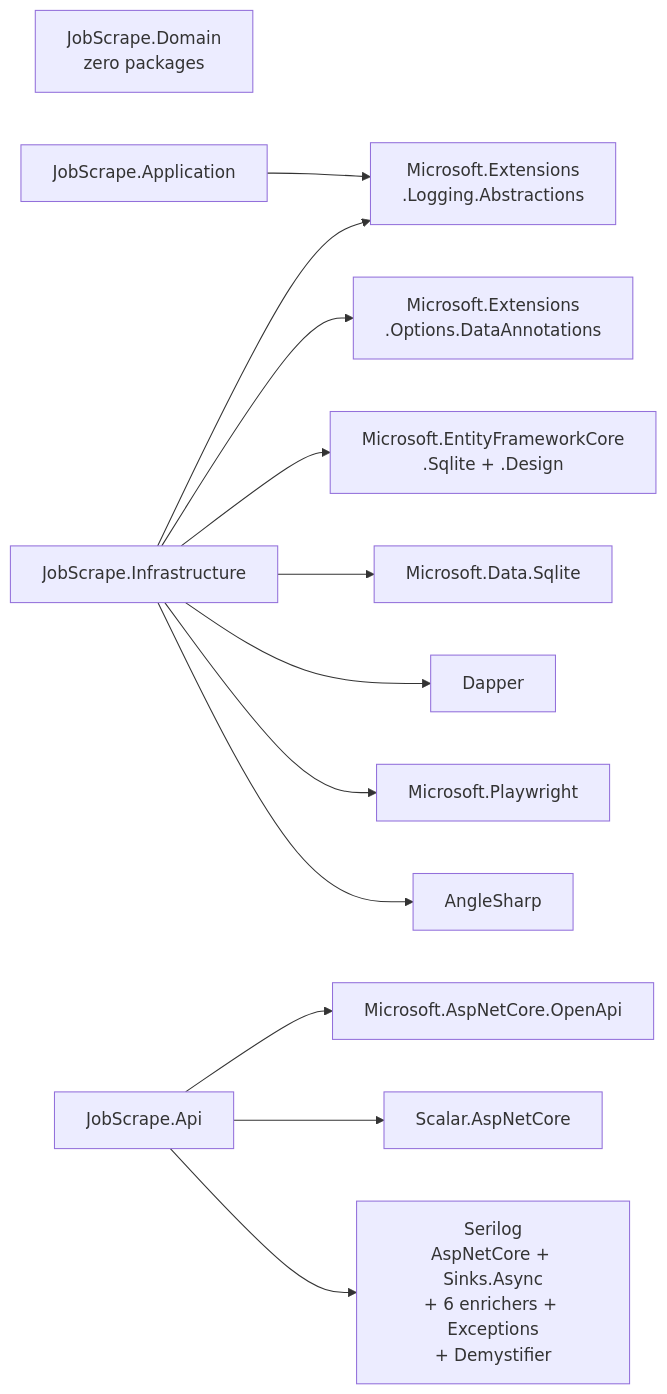
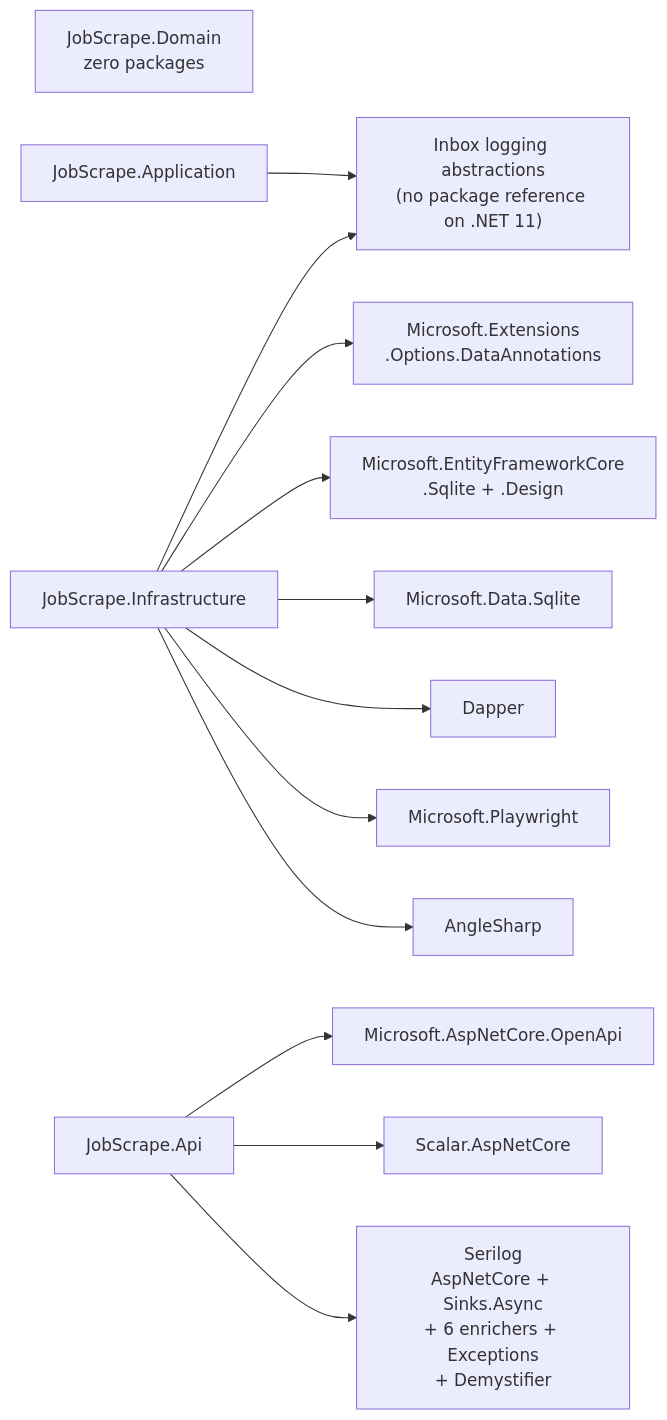
Before and after one commit to AslamNazeerShaikh/PlaywrightDotNet: the first of 2 diagrams in docs/04-solution-and-tooling.md, drawn with Mermaid. The commit also changed other lines of this file and 10 other files, not shown here.

````diff
--- a/docs/04-solution-and-tooling.md
+++ b/docs/04-solution-and-tooling.md
@@ -173,30 +174,30 @@
 ```mermaid
 flowchart LR
     DOM["JobScrape.Domain<br/>zero packages"]
     APP["JobScrape.Application"]
     INF["JobScrape.Infrastructure"]
     API["JobScrape.Api"]
 
-    LOG["Microsoft.Extensions<br/>.Logging.Abstractions"]
+    LOG["Inbox logging abstractions<br/>(no package reference on .NET 11)"]
     OPT["Microsoft.Extensions<br/>.Options.DataAnnotations"]
     EF["Microsoft.EntityFrameworkCore<br/>.Sqlite + .Design"]
     MDS["Microsoft.Data.Sqlite"]
     DAP["Dapper"]
     PW["Microsoft.Playwright"]
     AS["AngleSharp"]
     OA["Microsoft.AspNetCore.OpenApi"]
     SCA["Scalar.AspNetCore"]
     SER["Serilog<br/>AspNetCore + Sinks.Async<br/>+ 6 enrichers + Exceptions<br/>+ Demystifier"]
 
     APP --> LOG
     INF --> LOG
     INF --> OPT
     INF --> EF
     INF --> MDS
     INF --> DAP
     INF --> PW
     INF --> AS
     API --> OA
     API --> SCA
     API --> SER
 ```
````
